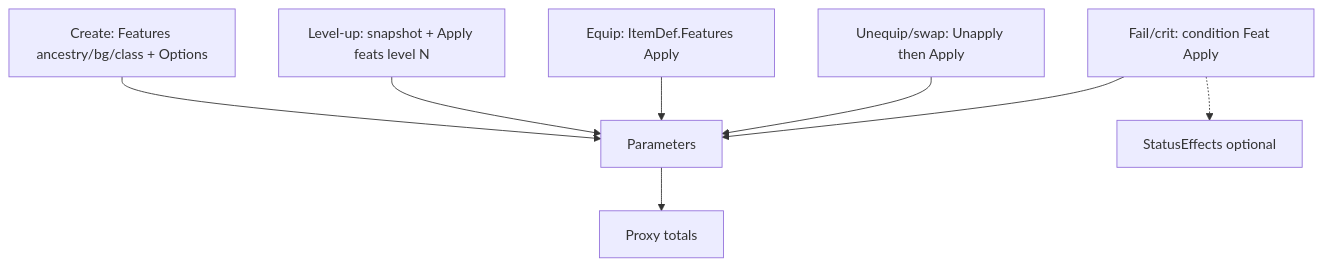
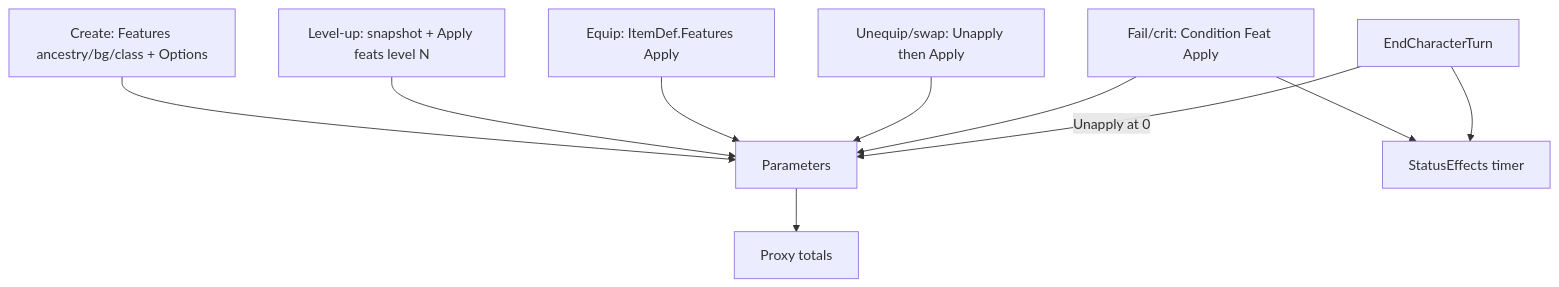
One commit to DL-SKY/DKIT changed the second of 2 diagrams in .cursor/docs/modules/Feats.md. Above: the diagram before and after it, drawn with Mermaid. The commit also changed other lines of this file and 35 other files, not shown here.

````diff
--- a/.cursor/docs/modules/Feats.md
+++ b/.cursor/docs/modules/Feats.md
@@ -305,15 +482,18 @@
 ```mermaid
 flowchart TD
   create["Create: Features ancestry/bg/class + Options"]
   level["Level-up: snapshot + Apply feats level N"]
   equip["Equip: ItemDef.Features Apply"]
   unequip["Unequip/swap: Unapply then Apply"]
-  combat["Fail/crit: condition Feat Apply"]
+  combat["Fail/crit: Condition Feat Apply"]
+  turnEnd["EndCharacterTurn"]
   create --> params["Parameters"]
   level --> params
   equip --> params
   unequip --> params
   combat --> params
+  combat --> status["StatusEffects timer"]
+  turnEnd --> status
+  turnEnd -->|"Unapply at 0"| params
   params --> proxy["Proxy totals"]
-  combat -.-> status["StatusEffects optional"]
 ```
````
